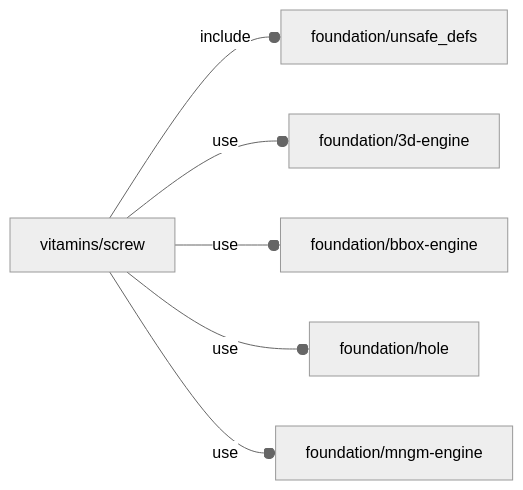
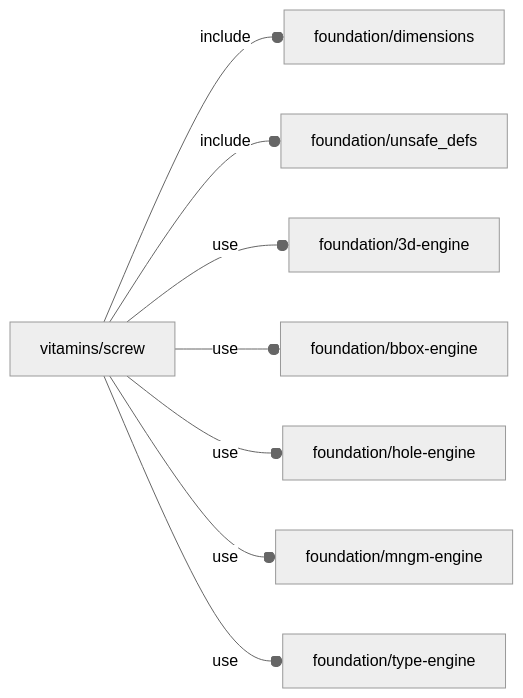
One commit to ggabbiani/OFL changed the diagram in orthodocs/vitamins/screw.md. Above: the diagram before and after it, drawn with Mermaid (neutral theme). The commit also changed other lines of this file and 17 other files, not shown here.

````diff
--- a/orthodocs/vitamins/screw.md
+++ b/orthodocs/vitamins/screw.md
@@ -5,8 +5,10 @@
 ```mermaid
 graph LR
-    A1[vitamins/screw] --o|include| A2[foundation/unsafe_defs]
-    A1 --o|use| A3[foundation/3d-engine]
-    A1 --o|use| A4[foundation/bbox-engine]
-    A1 --o|use| A5[foundation/hole]
-    A1 --o|use| A6[foundation/mngm-engine]
+    A1[vitamins/screw] --o|include| A2[foundation/dimensions]
+    A1 --o|include| A3[foundation/unsafe_defs]
+    A1 --o|use| A4[foundation/3d-engine]
+    A1 --o|use| A5[foundation/bbox-engine]
+    A1 --o|use| A6[foundation/hole-engine]
+    A1 --o|use| A7[foundation/mngm-engine]
+    A1 --o|use| A8[foundation/type-engine]
 ```
````
